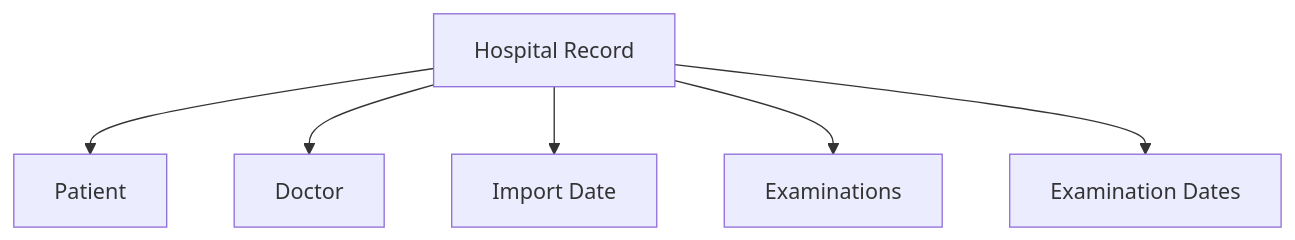
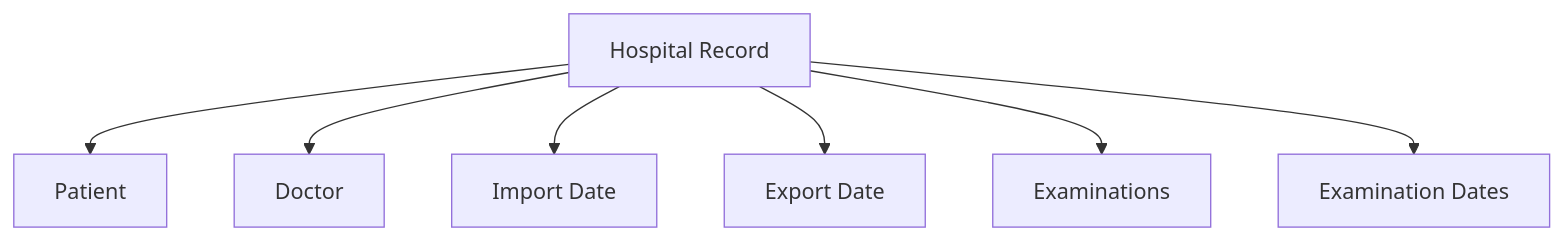
Before and after one commit to z1skgr/java_files: the fourth of 5 diagrams in ClassDesign/README.md, drawn with Mermaid. The commit also changed other lines of this file, not shown here.

````diff
--- a/ClassDesign/README.md
+++ b/ClassDesign/README.md
@@ -50,9 +52,10 @@
 ```mermaid
 graph TD;
     A[Hospital Record]-->B[Patient];
     A[Hospital Record]-->C[Doctor];
-    A[Hospital Record]-->D[Import Date ];
-    A[Hospital Record]-->E[Examinations];
-    A[Hospital Record]-->F[Examination Dates];
+    A[Hospital Record]-->D[Import Date];
+    A[Hospital Record]-->E[Export Date];
+    A[Hospital Record]-->F[Examinations];
+    A[Hospital Record]-->G[Examination Dates];
 
 ```
````
